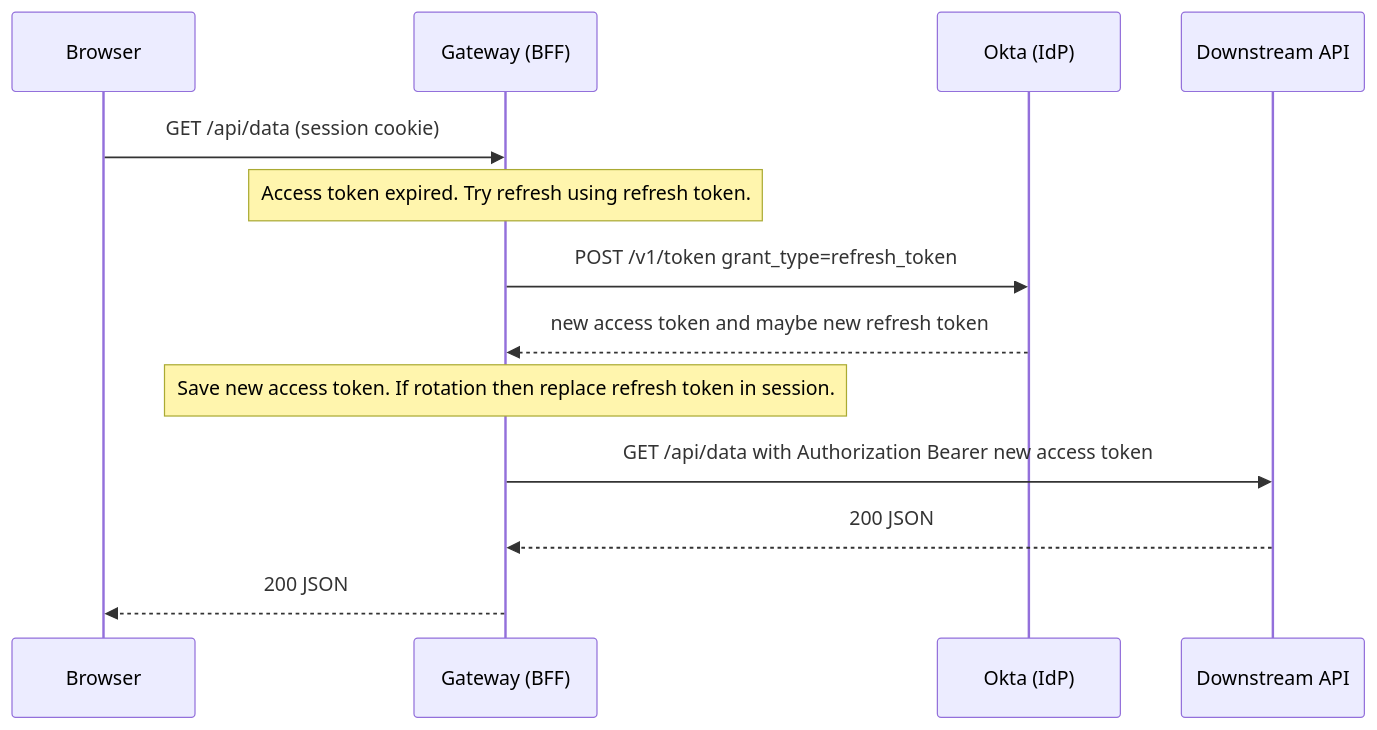
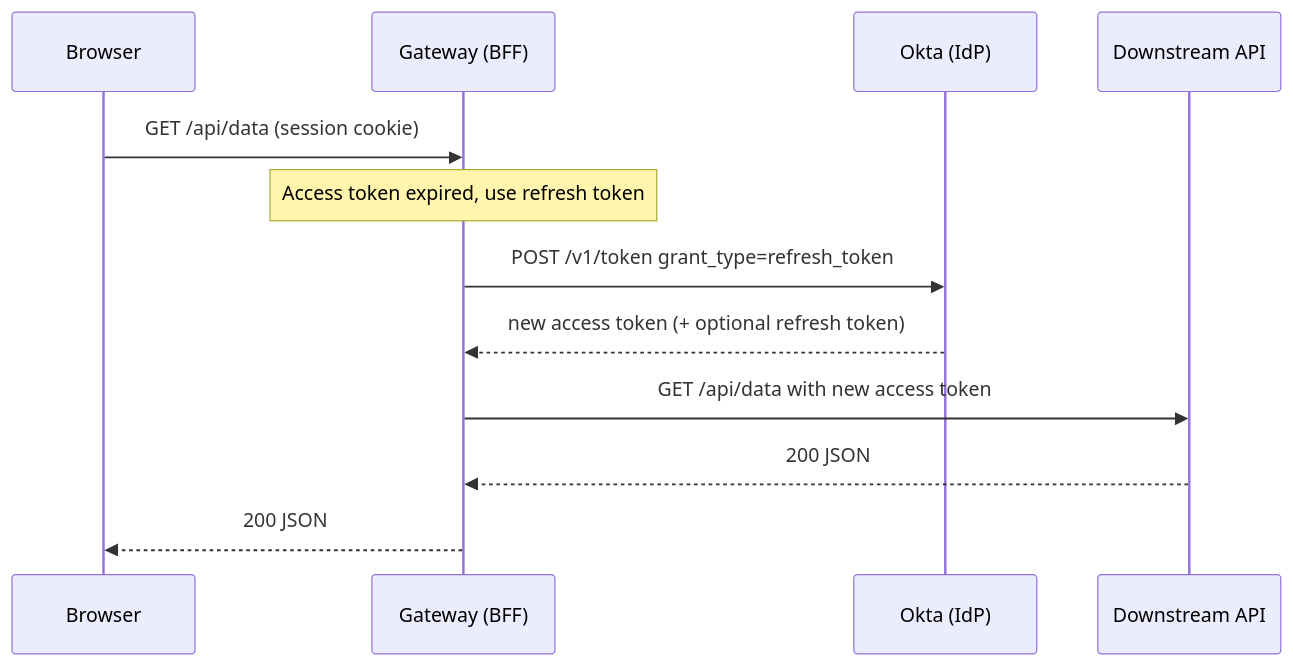
One commit to FredX123/sso-demo changed the third of 7 diagrams in backend/docs/refresh-token/okta_token_refresh_flows.md. Above: the diagram before and after it, drawn with Mermaid. The commit also changed other lines of this file and 3 other files, not shown here.

````diff
--- a/backend/docs/refresh-token/okta_token_refresh_flows.md
+++ b/backend/docs/refresh-token/okta_token_refresh_flows.md
@@ -44,16 +44,15 @@
 ```mermaid
 sequenceDiagram
   participant Browser
   participant Gateway as Gateway (BFF)
   participant Okta as Okta (IdP)
   participant API as Downstream API
 
   Browser->>Gateway: GET /api/data (session cookie)
-  Note over Gateway: Access token expired. Try refresh using refresh token.
+  Note over Gateway: Access token expired, use refresh token
   Gateway->>Okta: POST /v1/token grant_type=refresh_token
-  Okta-->>Gateway: new access token and maybe new refresh token
-  Note over Gateway: Save new access token. If rotation then replace refresh token in session.
-  Gateway->>API: GET /api/data with Authorization Bearer new access token
+  Okta-->>Gateway: new access token (+ optional refresh token)
+  Gateway->>API: GET /api/data with new access token
   API-->>Gateway: 200 JSON
   Gateway-->>Browser: 200 JSON
 ```
````
